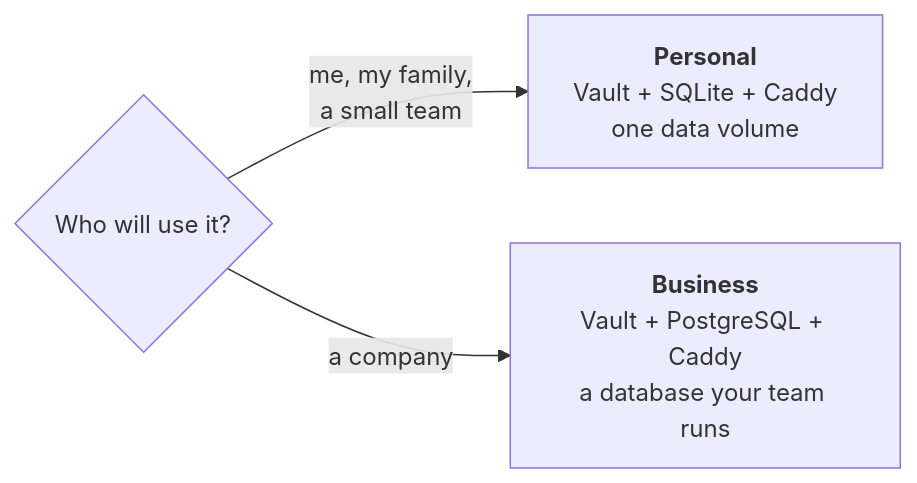
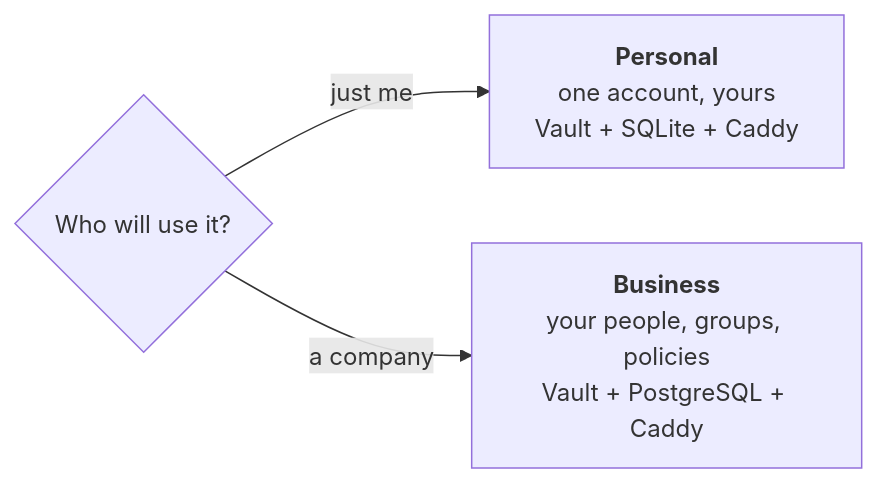
One commit to SHIVAM-SHARMA-766/vault changed the first of 2 diagrams in docs/INSTALL.md. Above: the diagram before and after it, drawn with Mermaid. The commit also changed other lines of this file and 38 other files, not shown here.

````diff
--- a/docs/INSTALL.md
+++ b/docs/INSTALL.md
@@ -30,5 +31,5 @@
 ```mermaid
 flowchart LR
-  q{"Who will use it?"} -- "me, my family,<br/>a small team" --> p["<b>Personal</b><br/>Vault + SQLite + Caddy<br/>one data volume"]
-  q -- "a company" --> b["<b>Business</b><br/>Vault + PostgreSQL + Caddy<br/>a database your team runs"]
+  q{"Who will use it?"} -- "just me" --> p["<b>Personal</b><br/>one account, yours<br/>Vault + SQLite + Caddy"]
+  q -- "a company" --> b["<b>Business</b><br/>your people, groups, policies<br/>Vault + PostgreSQL + Caddy"]
 ```
````
